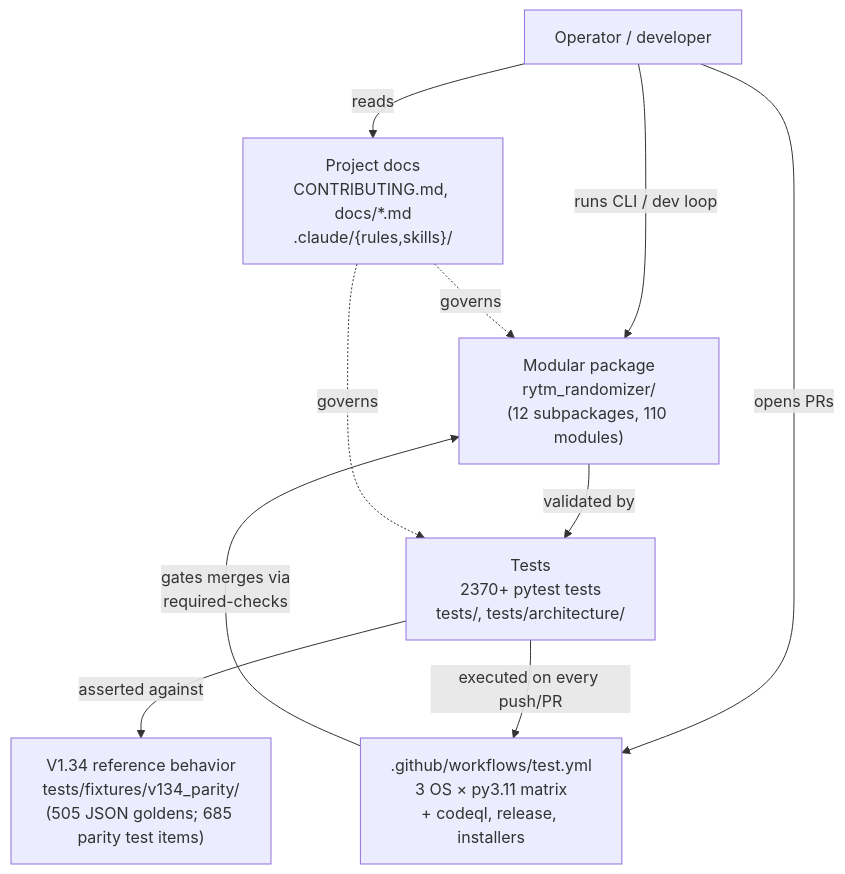
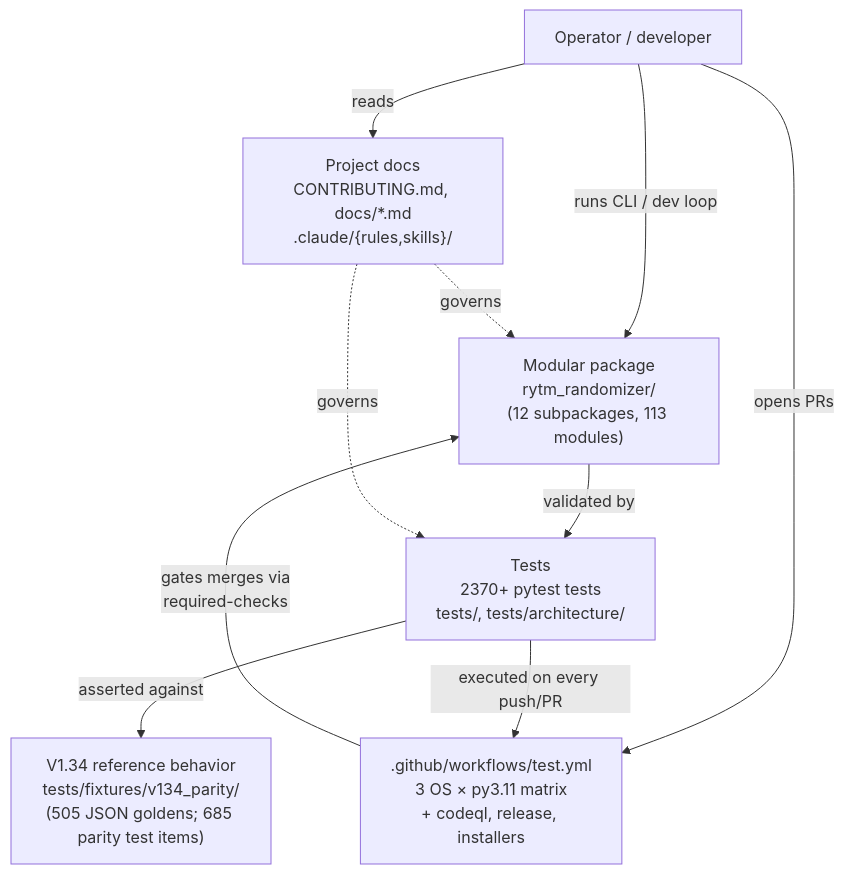
One commit to buzzijose-hub/RytmRandomizer changed the first of 26 diagrams in docs/ARCHITECTURE_DIAGRAMS.md. Above: the diagram before and after it, drawn with Mermaid. The commit also changed other lines of this file and 18 other files, not shown here.

````diff
--- a/docs/ARCHITECTURE_DIAGRAMS.md
+++ b/docs/ARCHITECTURE_DIAGRAMS.md
@@ -47,22 +47,22 @@
 ```mermaid
 flowchart TB
     User["Operator / developer"]
     V134["V1.34 reference behavior<br/>tests/fixtures/v134_parity/<br/>(505 JSON goldens; 685 parity test items)"]
-    Package["Modular package<br/>rytm_randomizer/<br/>(12 subpackages, 110 modules)"]
+    Package["Modular package<br/>rytm_randomizer/<br/>(12 subpackages, 113 modules)"]
     Tests["Tests<br/>2370+ pytest tests<br/>tests/, tests/architecture/"]
     CI[".github/workflows/test.yml<br/>3 OS × py3.11 matrix<br/>+ codeql, release, installers"]
     Docs["Project docs<br/>CONTRIBUTING.md, docs/*.md<br/>.claude/{rules,skills}/"]
 
     User -->|"runs CLI / dev loop"| Package
     User -->|"opens PRs"| CI
     User -->|"reads"| Docs
 
     Package -->|"validated by"| Tests
     Tests -->|"asserted against"| V134
     Tests -->|"executed on every push/PR"| CI
 
     CI -->|"gates merges via<br/>required-checks"| Package
 
     Docs -.->|"governs"| Package
     Docs -.->|"governs"| Tests
 ```
````
